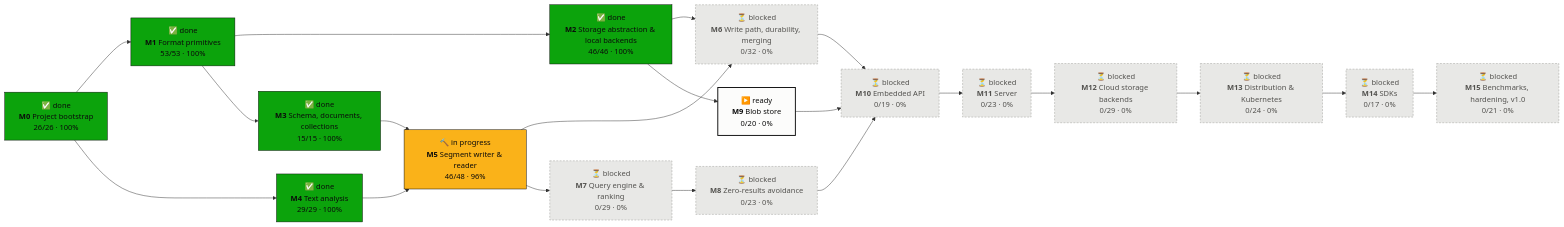
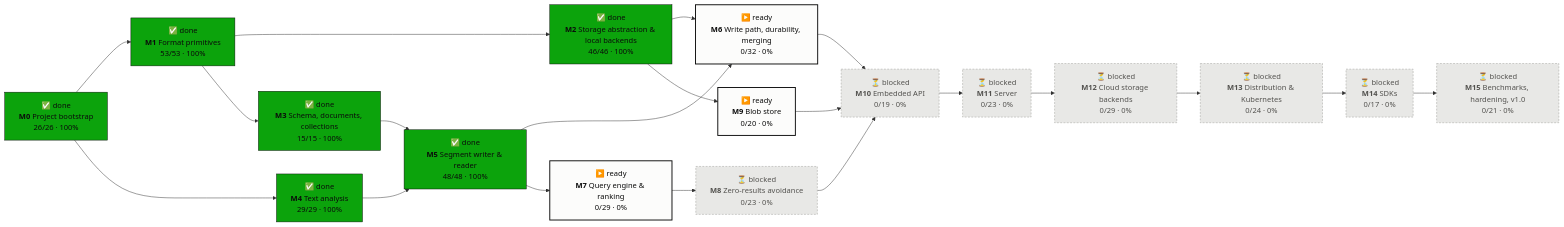
The first of 2 diagrams in PROGRESS.md (tomiok/persiaDB), drawn with Mermaid before and after one commit. The commit also changed other lines of this file and 13 other files, not shown here.

First line of the commit message:
Flush speed and fst audit guard (ROADMAP 5.1.7, 5.4.6) (#34)

````diff
--- a/PROGRESS.md
+++ b/PROGRESS.md
@@ -16,42 +16,42 @@
 ```mermaid
 flowchart LR
   M0["✅ done<br/><b>M0</b> Project bootstrap<br/>26/26 · 100%"]:::done
   M1["✅ done<br/><b>M1</b> Format primitives<br/>53/53 · 100%"]:::done
   M2["✅ done<br/><b>M2</b> Storage abstraction & local backends<br/>46/46 · 100%"]:::done
   M3["✅ done<br/><b>M3</b> Schema, documents, collections<br/>15/15 · 100%"]:::done
   M4["✅ done<br/><b>M4</b> Text analysis<br/>29/29 · 100%"]:::done
-  M5["🔨 in progress<br/><b>M5</b> Segment writer & reader<br/>46/48 · 96%"]:::doing
-  M6["⏳ blocked<br/><b>M6</b> Write path, durability, merging<br/>0/32 · 0%"]:::blocked
-  M7["⏳ blocked<br/><b>M7</b> Query engine & ranking<br/>0/29 · 0%"]:::blocked
+  M5["✅ done<br/><b>M5</b> Segment writer & reader<br/>48/48 · 100%"]:::done
+  M6["▶️ ready<br/><b>M6</b> Write path, durability, merging<br/>0/32 · 0%"]:::ready
+  M7["▶️ ready<br/><b>M7</b> Query engine & ranking<br/>0/29 · 0%"]:::ready
   M8["⏳ blocked<br/><b>M8</b> Zero-results avoidance<br/>0/23 · 0%"]:::blocked
   M9["▶️ ready<br/><b>M9</b> Blob store<br/>0/20 · 0%"]:::ready
   M10["⏳ blocked<br/><b>M10</b> Embedded API<br/>0/19 · 0%"]:::blocked
   M11["⏳ blocked<br/><b>M11</b> Server<br/>0/23 · 0%"]:::blocked
   M12["⏳ blocked<br/><b>M12</b> Cloud storage backends<br/>0/29 · 0%"]:::blocked
   M13["⏳ blocked<br/><b>M13</b> Distribution & Kubernetes<br/>0/24 · 0%"]:::blocked
   M14["⏳ blocked<br/><b>M14</b> SDKs<br/>0/17 · 0%"]:::blocked
   M15["⏳ blocked<br/><b>M15</b> Benchmarks, hardening, v1.0<br/>0/21 · 0%"]:::blocked
   M0 --> M1
   M1 --> M2
   M1 --> M3
   M0 --> M4
   M3 --> M5
   M4 --> M5
   M2 --> M6
   M5 --> M6
   M5 --> M7
   M7 --> M8
   M2 --> M9
   M6 --> M10
   M8 --> M10
   M9 --> M10
   M10 --> M11
   M11 --> M12
   M12 --> M13
   M13 --> M14
   M14 --> M15
   classDef done fill:#0ca30c,stroke:#0b0b0b,color:#0b0b0b
   classDef doing fill:#fab219,stroke:#0b0b0b,color:#0b0b0b
   classDef ready fill:#fcfcfb,stroke:#0b0b0b,stroke-width:2px,color:#0b0b0b
   classDef blocked fill:#e8e8e6,stroke:#9a9a96,stroke-dasharray:4 3,color:#52514e
 ```
````
